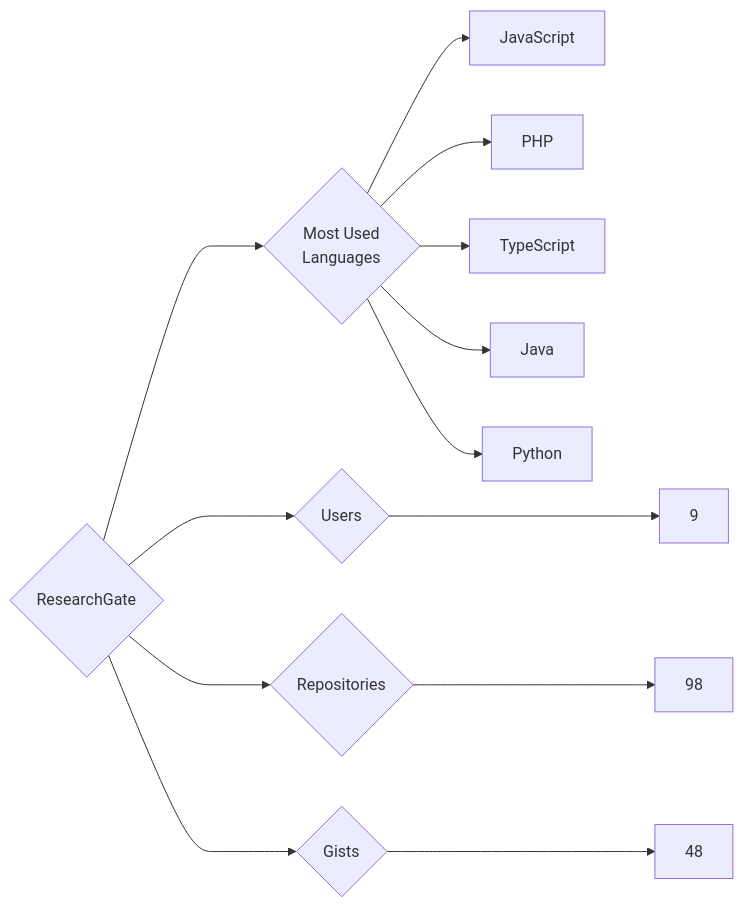
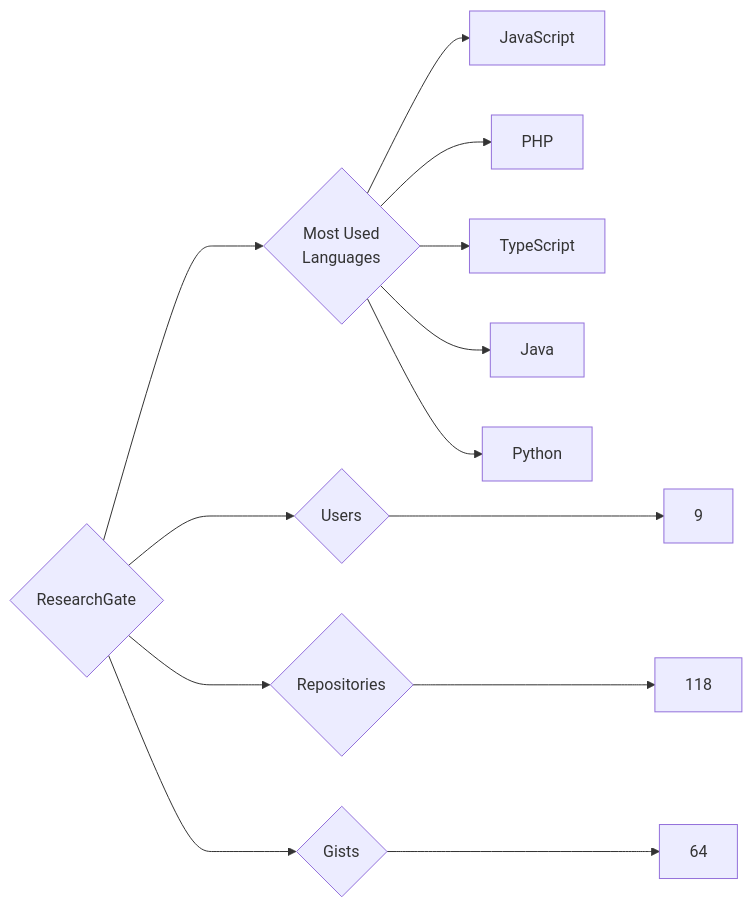
Before and after one commit to trickest/insiders: the diagram in targets/ResearchGate/README.md, drawn with Mermaid. The commit also changed 912 other files, not shown here.

````diff
--- a/targets/ResearchGate/README.md
+++ b/targets/ResearchGate/README.md
@@ -3,13 +3,13 @@
 ```mermaid
 graph LR
 COMPANY_NAME{ResearchGate}
 COMPANY_NAME ---> U{Users} ---> UN[9]
-COMPANY_NAME ---> R{Repositories} ---> RN[98]
-COMPANY_NAME ---> G{Gists} ---> GN[48]
+COMPANY_NAME ---> R{Repositories} ---> RN[118]
+COMPANY_NAME ---> G{Gists} ---> GN[64]
 COMPANY_NAME ---> ML{Most Used<br>Languages}
 ML --> JavaScript[JavaScript]
 ML --> PHP[PHP]
 ML --> TypeScript[TypeScript]
 ML --> Java[Java]
 ML --> Python[Python]
 ```
````
